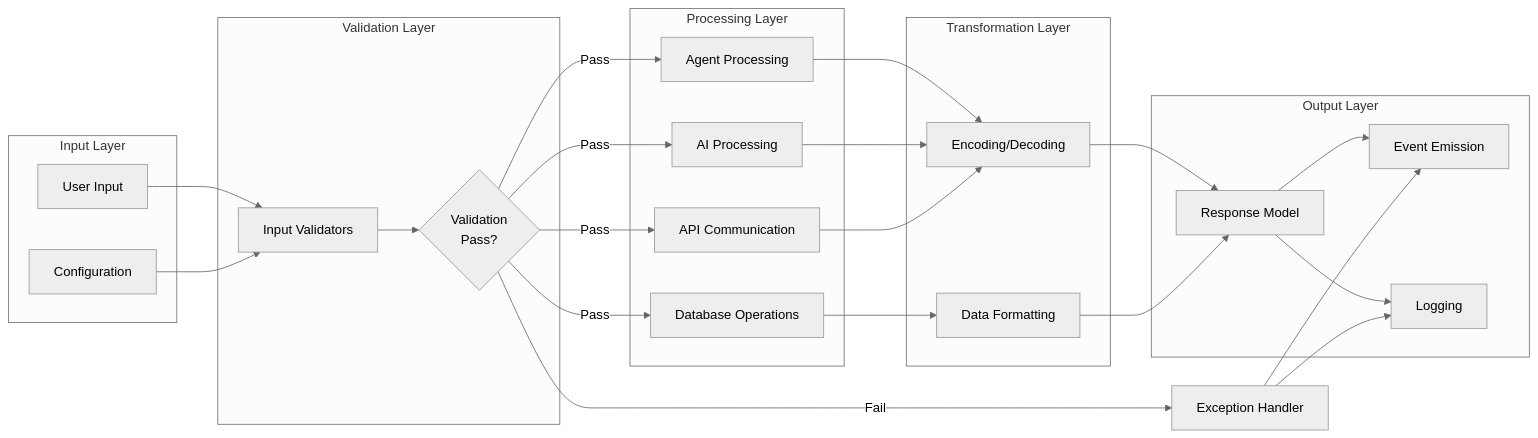
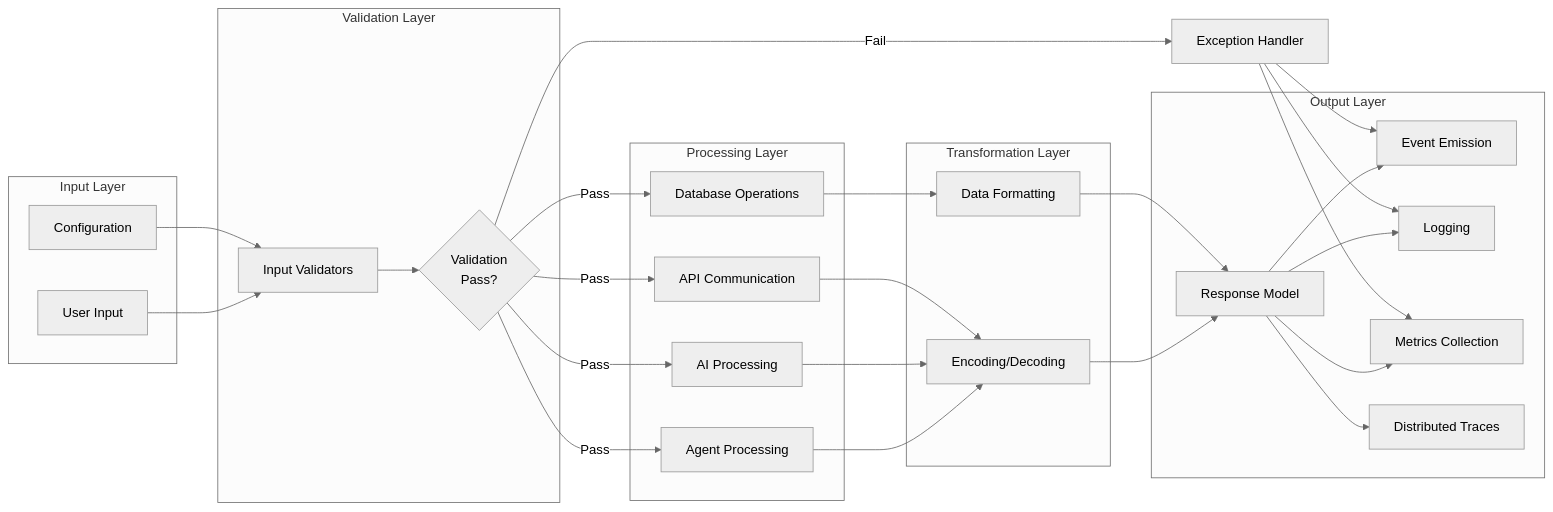
Before and after one commit to Kevinparashar/motadata-AI-sdk-2.0: the second of 16 diagrams in ARCHITECTURE.md, drawn with Mermaid (neutral theme). The commit also changed other lines of this file and 3 other files, not shown here.

````diff
--- a/ARCHITECTURE.md
+++ b/ARCHITECTURE.md
@@ -122,52 +148,57 @@
 ```mermaid
 flowchart LR
     subgraph "Input Layer"
         USER[User Input]
         CONFIG_IN[Configuration]
     end
     
     subgraph "Validation Layer"
         VALIDATE[Input Validators]
         CHECK{Validation<br/>Pass?}
     end
     
     subgraph "Processing Layer"
         AGENT_PROC[Agent Processing]
         AI_PROC[AI Processing]
         DB_PROC[Database Operations]
         API_PROC[API Communication]
     end
     
     subgraph "Transformation Layer"
         CODEC_PROC[Encoding/Decoding]
         FORMAT[Data Formatting]
     end
     
     subgraph "Output Layer"
         RESPONSE[Response Model]
         EVENTS[Event Emission]
         LOGS[Logging]
+        METRICS[Metrics Collection]
+        TRACES[Distributed Traces]
     end
     
     USER --> VALIDATE
     CONFIG_IN --> VALIDATE
     VALIDATE --> CHECK
     CHECK -->|Pass| AGENT_PROC
     CHECK -->|Pass| AI_PROC
     CHECK -->|Pass| DB_PROC
     CHECK -->|Pass| API_PROC
     CHECK -->|Fail| EXCEPT[Exception Handler]
     
     AGENT_PROC --> CODEC_PROC
     AI_PROC --> CODEC_PROC
     DB_PROC --> FORMAT
     API_PROC --> CODEC_PROC
     
     CODEC_PROC --> RESPONSE
     FORMAT --> RESPONSE
     RESPONSE --> EVENTS
     RESPONSE --> LOGS
+    RESPONSE --> METRICS
+    RESPONSE --> TRACES
     
     EXCEPT --> EVENTS
     EXCEPT --> LOGS
+    EXCEPT --> METRICS
 ```
````
